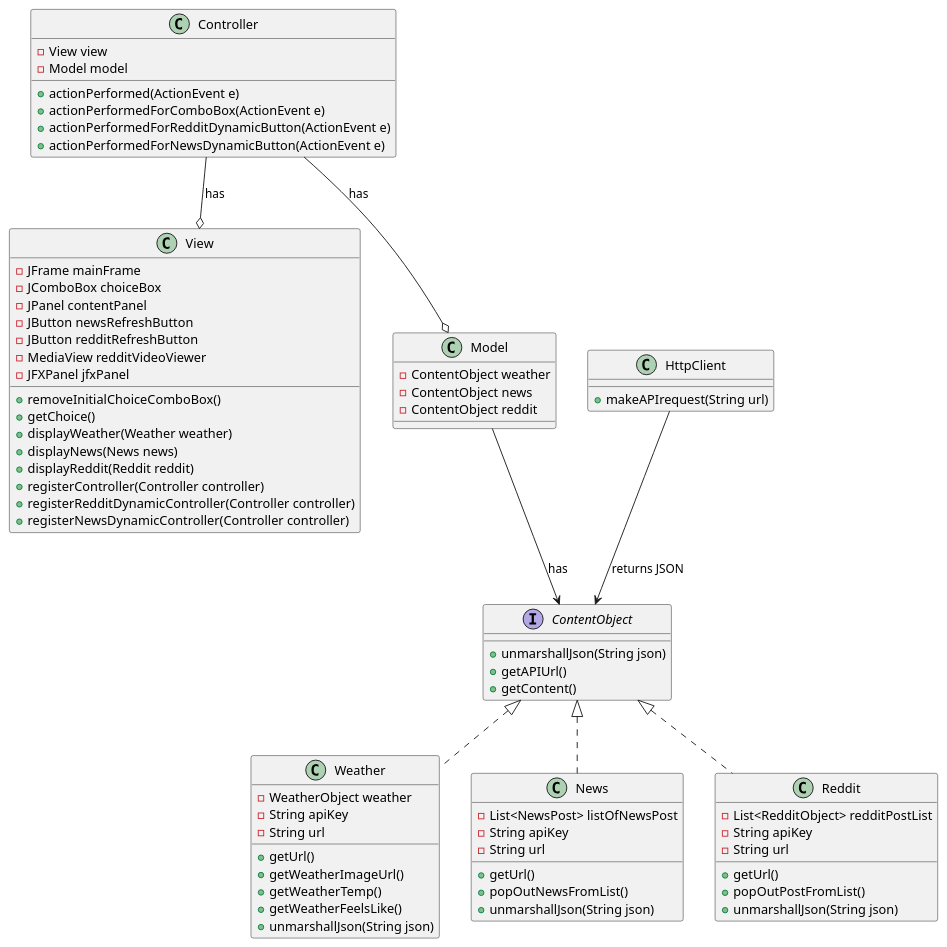
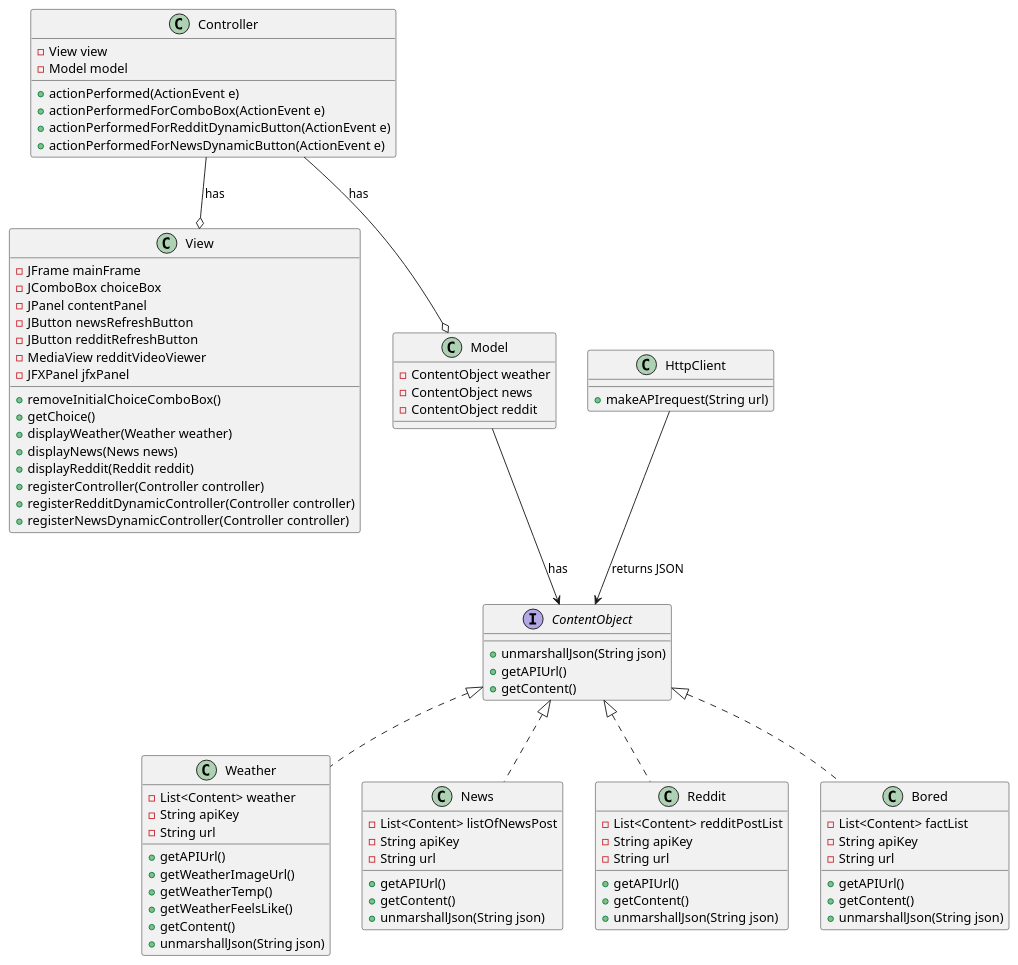
One commit to tanrachel/fidgetApp changed the diagram in uml.puml. Above: the diagram before and after it, drawn with PlantUML. The commit also changed 1 other file, not shown here.

Commit message:
update uml with 4th feature

```diff
--- a/uml.puml
+++ b/uml.puml
@@ -1,84 +1,94 @@
 @startuml
 class View {
 
     -JFrame mainFrame
     -JComboBox choiceBox
     -JPanel contentPanel
     -JButton newsRefreshButton
     -JButton redditRefreshButton
     -MediaView redditVideoViewer
     -JFXPanel jfxPanel
     +removeInitialChoiceComboBox()
     +getChoice()
     +displayWeather(Weather weather)
     +displayNews(News news)
     +displayReddit(Reddit reddit)
     +registerController(Controller controller)
     +registerRedditDynamicController(Controller controller)
     +registerNewsDynamicController(Controller controller)
 }
 
 class Controller {
     -View view
     -Model model
     +actionPerformed(ActionEvent e)
     +actionPerformedForComboBox(ActionEvent e)
     +actionPerformedForRedditDynamicButton(ActionEvent e)
     +actionPerformedForNewsDynamicButton(ActionEvent e)
 }
 
 class Model {
     -ContentObject weather
     -ContentObject news
     -ContentObject reddit
 }
 
 interface ContentObject {
    +unmarshallJson(String json)
    +getAPIUrl()
    +getContent()
 }
 
 class Weather implements ContentObject {
-    -WeatherObject weather
+    -List<Content> weather
     -String apiKey
     -String url
-    +getUrl()
+    +getAPIUrl()
     +getWeatherImageUrl()
     +getWeatherTemp()
     +getWeatherFeelsLike()
+    +getContent()
     +unmarshallJson(String json)
 }
 
 class News implements ContentObject{
-        -List<NewsPost> listOfNewsPost
+        -List<Content> listOfNewsPost
         -String apiKey
         -String url
-        +getUrl()
-        +popOutNewsFromList()
+        +getAPIUrl()
+        +getContent()
         +unmarshallJson(String json)
 
 }
 
 class Reddit implements ContentObject {
-        -List<RedditObject> redditPostList
+        -List<Content> redditPostList
         -String apiKey
         -String url
-        +getUrl()
-        +popOutPostFromList()
+        +getAPIUrl()
+        +getContent()
+        +unmarshallJson(String json)
+}
+
+class Bored implements ContentObject {
+        -List<Content> factList
+        -String apiKey
+        -String url
+        +getAPIUrl()
+        +getContent()
         +unmarshallJson(String json)
 }
 
 class HttpClient {
     +makeAPIrequest(String url)
 }
 
 Model --> ContentObject : has
 
 
 Controller --o View : has
 Controller --o Model : has
 
 HttpClient --> ContentObject : returns JSON
 
 @enduml
```
